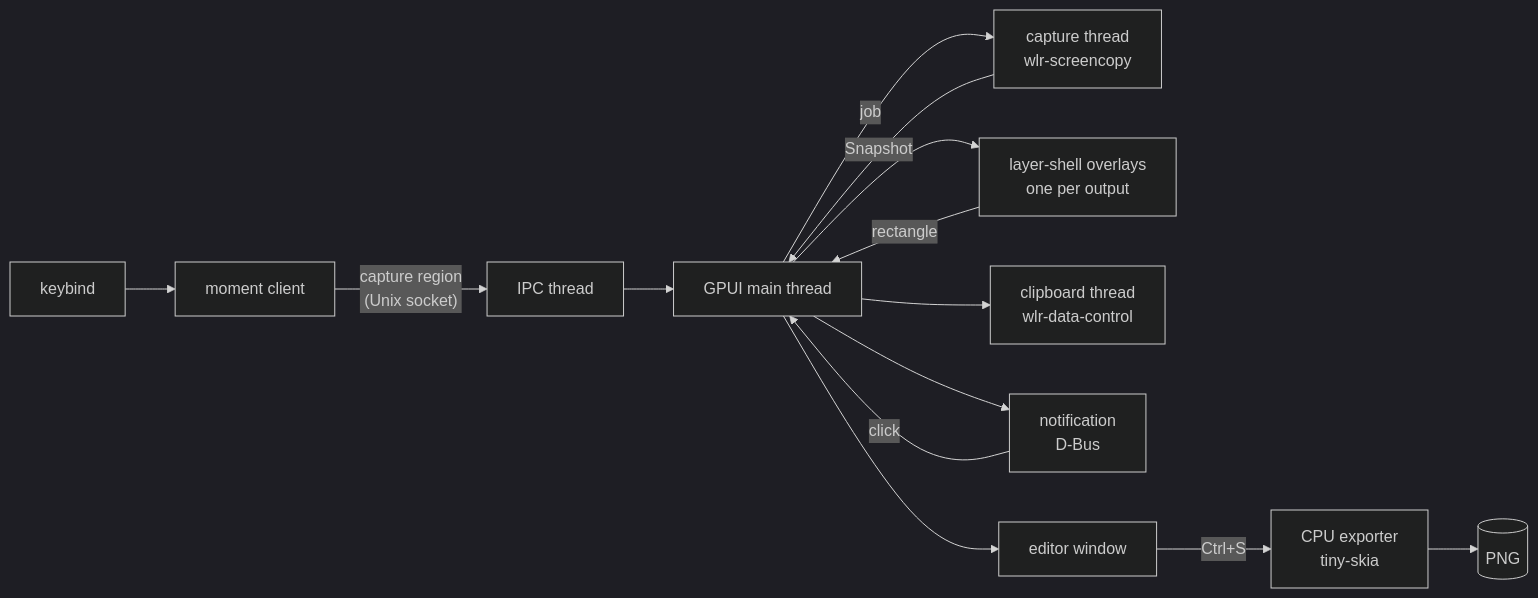
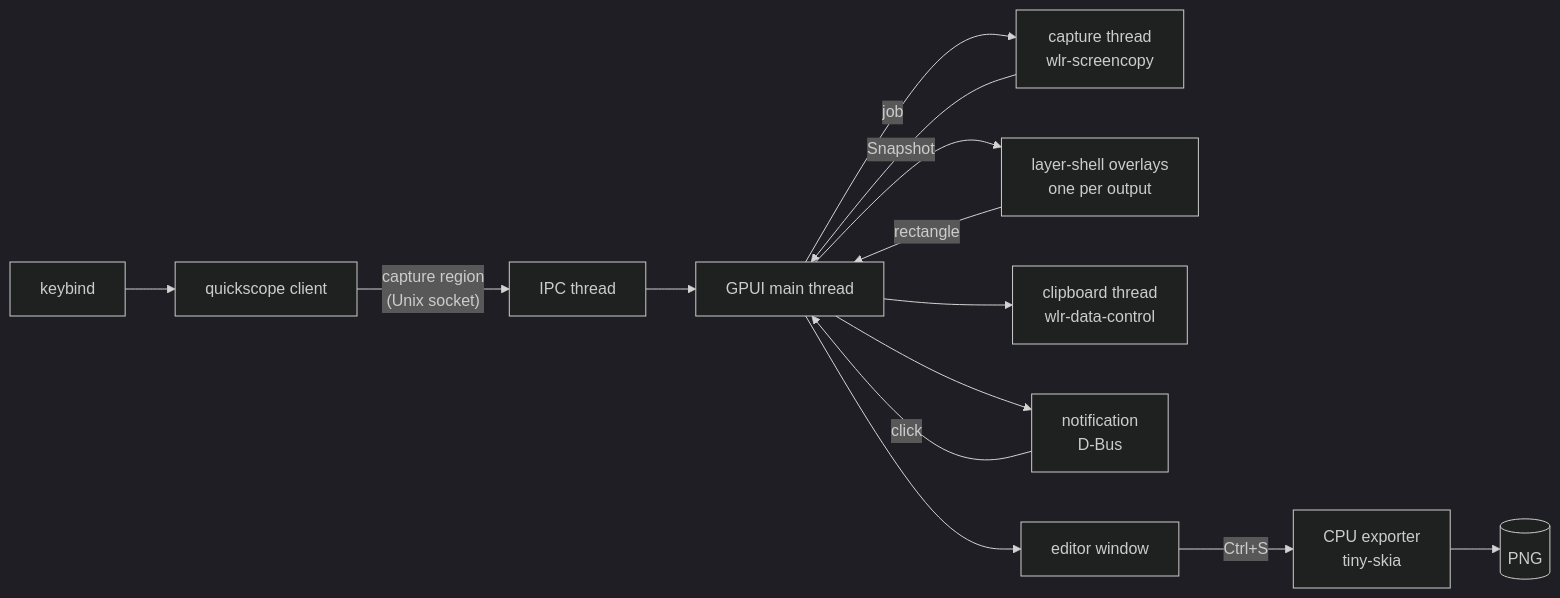
Before and after one commit to qt715/quikscope: the diagram in docs/architecture.md, drawn with Mermaid (dark theme). The commit also changed other lines of this file and 36 other files, not shown here.

````diff
--- a/docs/architecture.md
+++ b/docs/architecture.md
@@ -9,15 +9,15 @@
 ```mermaid
 flowchart LR
-    key[keybind] --> client[moment client]
+    key[keybind] --> client[quickscope client]
     client -- "capture region\n(Unix socket)" --> ipc[IPC thread]
     ipc --> main[GPUI main thread]
     main -- job --> cap[capture thread\nwlr-screencopy]
     cap -- Snapshot --> main
     main --> overlay[layer-shell overlays\none per output]
     overlay -- rectangle --> main
     main --> clip[clipboard thread\nwlr-data-control]
     main --> notify[notification\nD-Bus]
     notify -- click --> main
     main --> editor[editor window]
     editor -- Ctrl+S --> export[CPU exporter\ntiny-skia] --> png[(PNG)]
 ```
````
